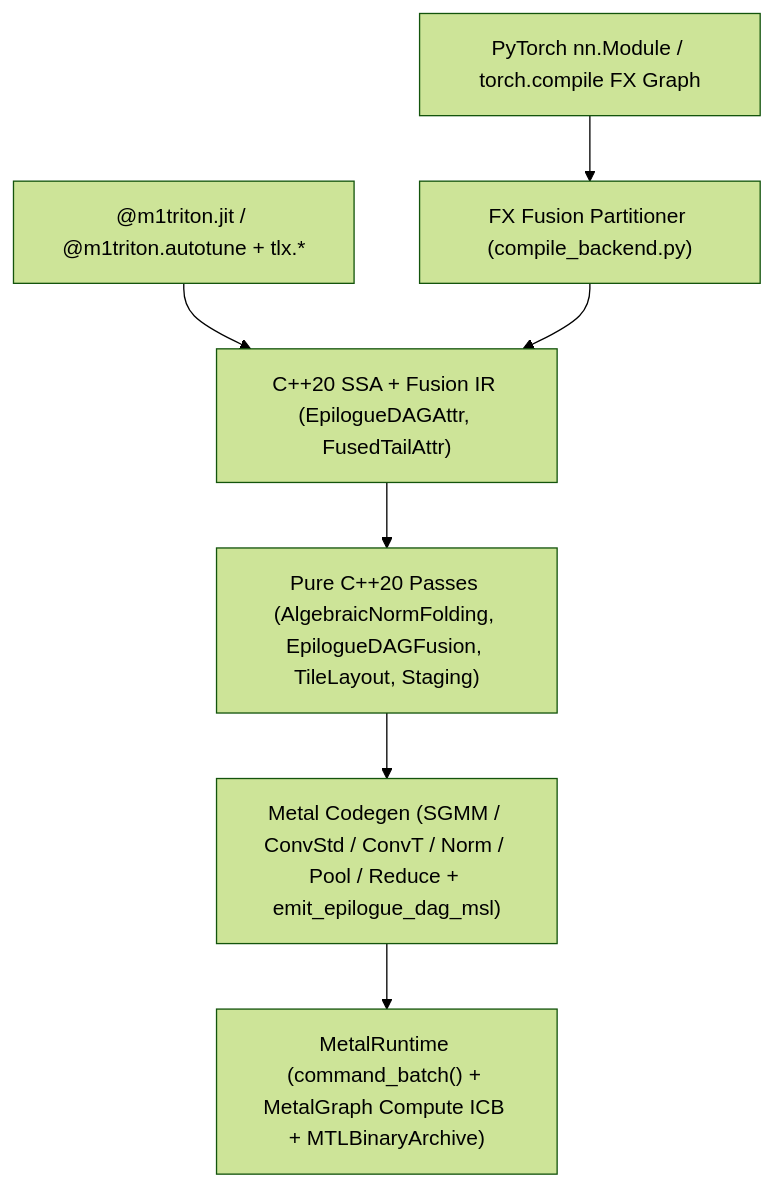
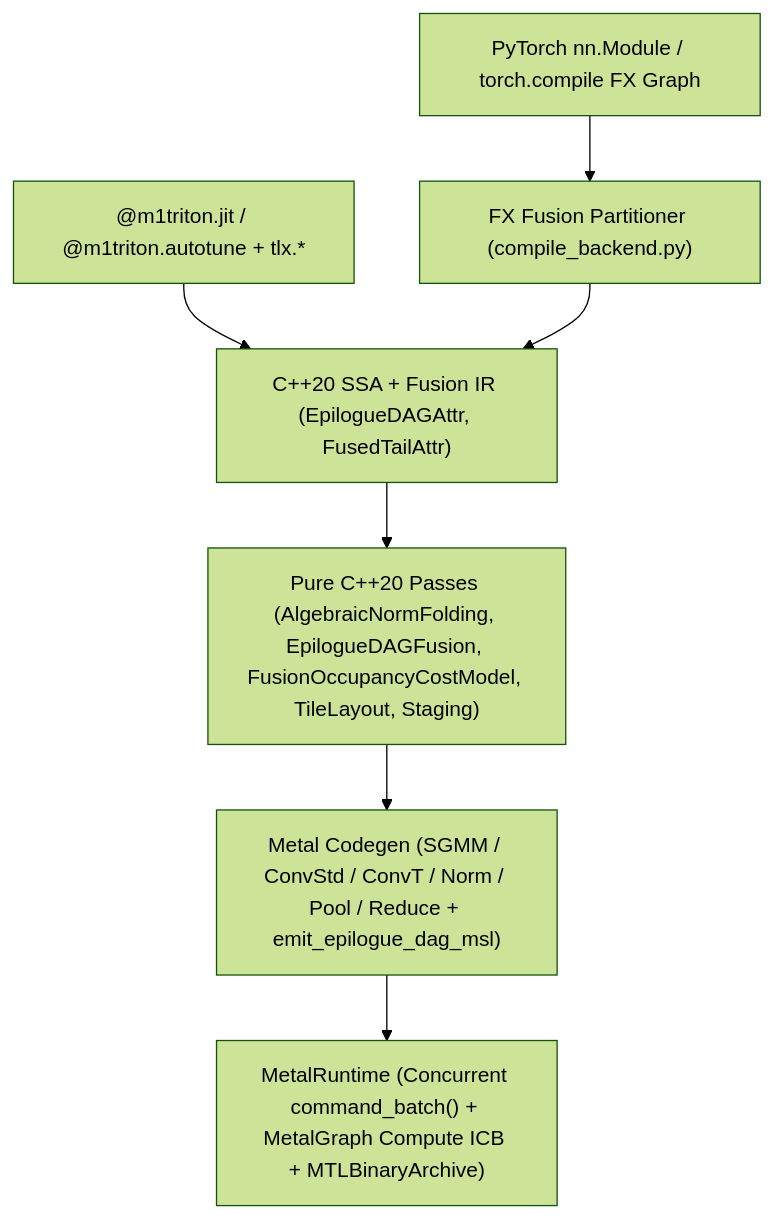
The diagram in docs/FUSION_ARCHITECTURE.md (zhangshuoming990105/m1triton), drawn with Mermaid (forest theme) before and after one commit. The commit also changed other lines of this file and 30 other files, not shown here.

````diff
--- a/docs/FUSION_ARCHITECTURE.md
+++ b/docs/FUSION_ARCHITECTURE.md
@@ -10,9 +10,9 @@
 ```mermaid
 flowchart TD
     FX["PyTorch nn.Module / torch.compile FX Graph"] --> Part["FX Fusion Partitioner (compile_backend.py)"]
     JIT["@m1triton.jit / @m1triton.autotune + tlx.*"] --> IR["C++20 SSA + Fusion IR (EpilogueDAGAttr, FusedTailAttr)"]
     Part --> IR
-    IR --> Passes["Pure C++20 Passes (AlgebraicNormFolding, EpilogueDAGFusion, TileLayout, Staging)"]
+    IR --> Passes["Pure C++20 Passes (AlgebraicNormFolding, EpilogueDAGFusion, FusionOccupancyCostModel, TileLayout, Staging)"]
     Passes --> MSL["Metal Codegen (SGMM / ConvStd / ConvT / Norm / Pool / Reduce + emit_epilogue_dag_msl)"]
-    MSL --> Runtime["MetalRuntime (command_batch() + MetalGraph Compute ICB + MTLBinaryArchive)"]
+    MSL --> Runtime["MetalRuntime (Concurrent command_batch() + MetalGraph Compute ICB + MTLBinaryArchive)"]
 ```
````
